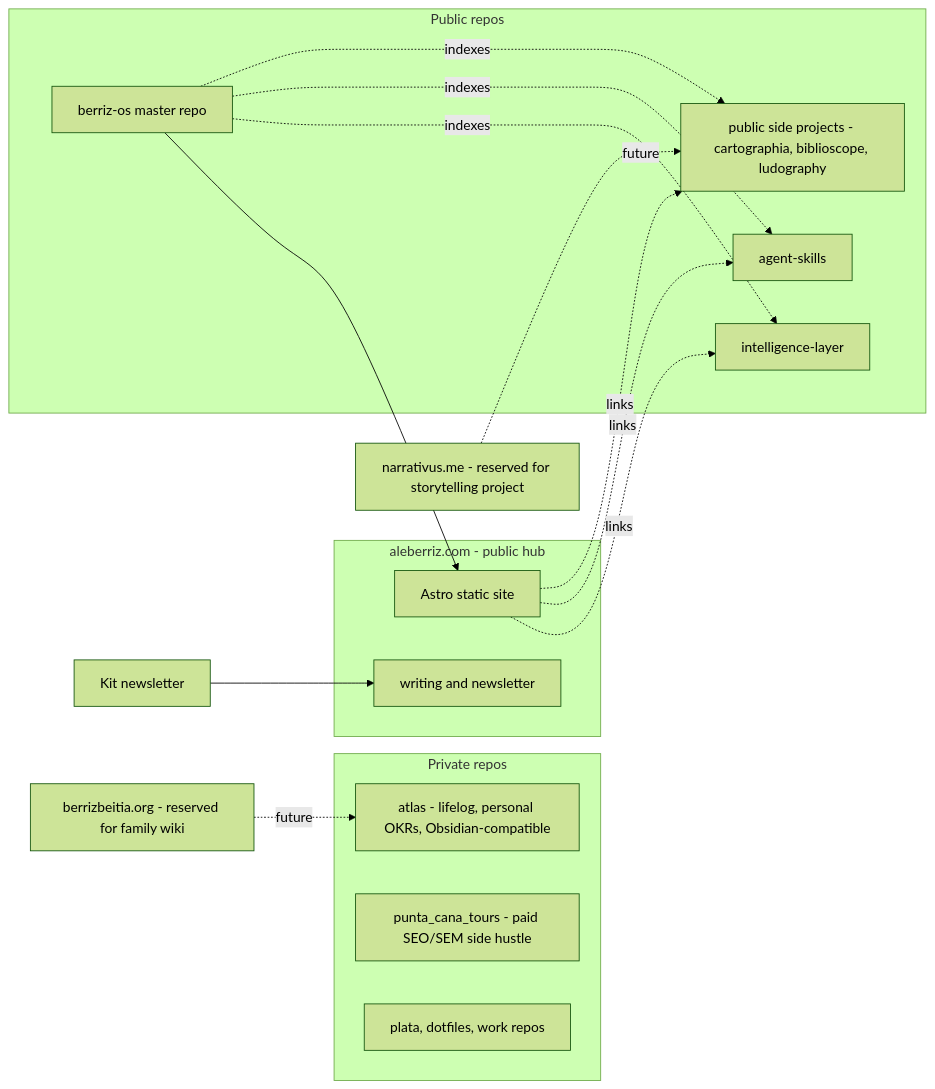
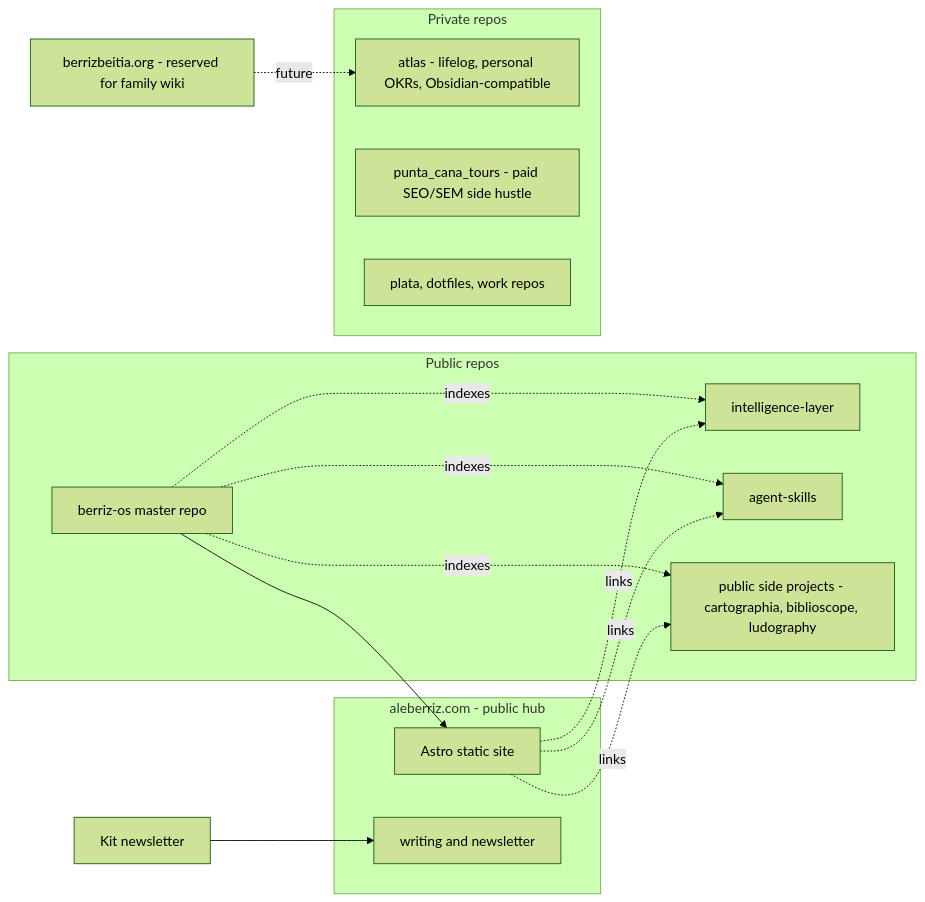
The diagram in roadmap/2026-personal-brand.md (aleberriz/berriz-os), drawn with Mermaid (forest theme) before and after one commit. The commit also changed other lines of this file and 3 other files, not shown here.

````diff
--- a/roadmap/2026-personal-brand.md
+++ b/roadmap/2026-personal-brand.md
@@ -38,28 +38,27 @@
 ```mermaid
 flowchart LR
     subgraph hub [aleberriz.com - public hub]
         Website[Astro static site]
         Writing[writing and newsletter]
     end
     subgraph public [Public repos]
         BerrizOS[berriz-os master repo]
         IL[intelligence-layer]
         AS[agent-skills]
         Side[public side projects - cartographia, biblioscope, ludography]
     end
     subgraph private [Private repos]
         Atlas[atlas - lifelog, personal OKRs, Obsidian-compatible]
         PuntaCana[punta_cana_tours - paid SEO/SEM side hustle]
         Plata[plata, dotfiles, work repos]
     end
     Kit[Kit newsletter] --> Writing
     BerrizOS --> Website
     BerrizOS -.indexes.-> IL
     BerrizOS -.indexes.-> AS
     BerrizOS -.indexes.-> Side
     Website -.links.-> IL
     Website -.links.-> AS
     Website -.links.-> Side
-    narrativus[narrativus.me - reserved for storytelling project] -.future.-> Side
     berrizbeitia[berrizbeitia.org - reserved for family wiki] -.future.-> Atlas
 ```
````
